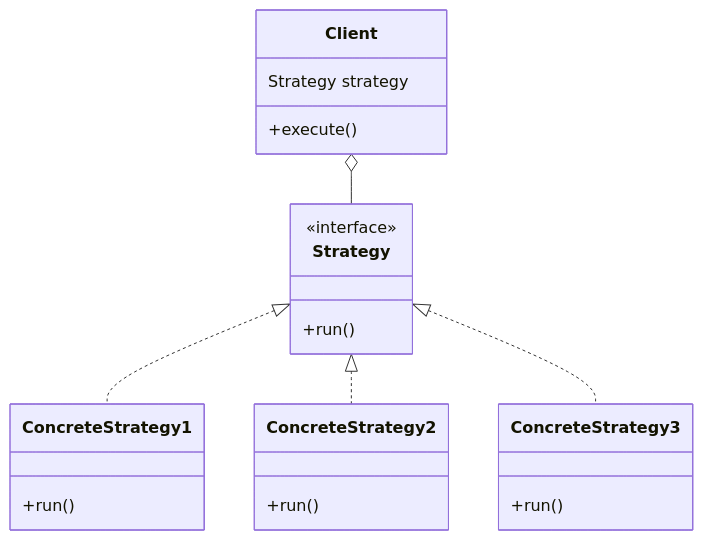
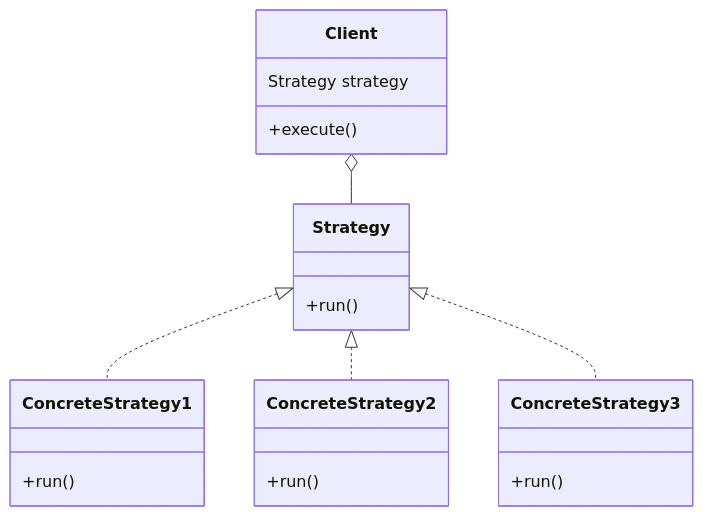
The fifth of 5 diagrams in Design Patterns/Strategy-Pattern/Strategy-Pattern.md (bikash138/Low-Level-Design), drawn with Mermaid before and after one commit. The commit also changed other lines of this file, not shown here.

````diff
--- a/Design Patterns/Strategy-Pattern/Strategy-Pattern.md
+++ b/Design Patterns/Strategy-Pattern/Strategy-Pattern.md
@@ -221,26 +221,26 @@
 ```mermaid
 classDiagram
     class Client {
         Strategy strategy
         +execute()
     }
 
-    class Strategy <<interface>> {
+    class Strategy {
         +run()
     }
 
     class ConcreteStrategy1 {
         +run()
     }
     class ConcreteStrategy2 {
         +run()
     }
     class ConcreteStrategy3 {
         +run()
     }
 
     Client o-- Strategy
     Strategy <|.. ConcreteStrategy1
     Strategy <|.. ConcreteStrategy2
     Strategy <|.. ConcreteStrategy3
 ```
````
